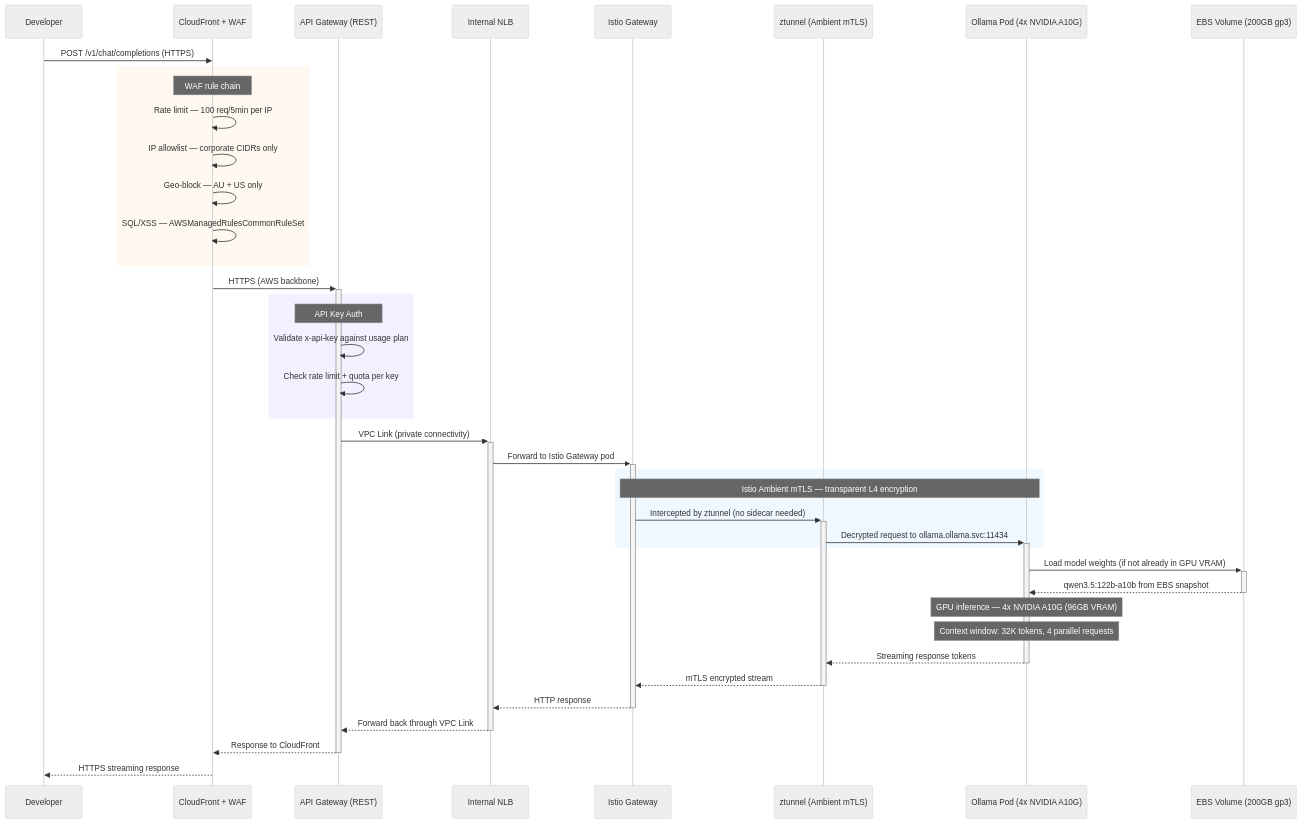
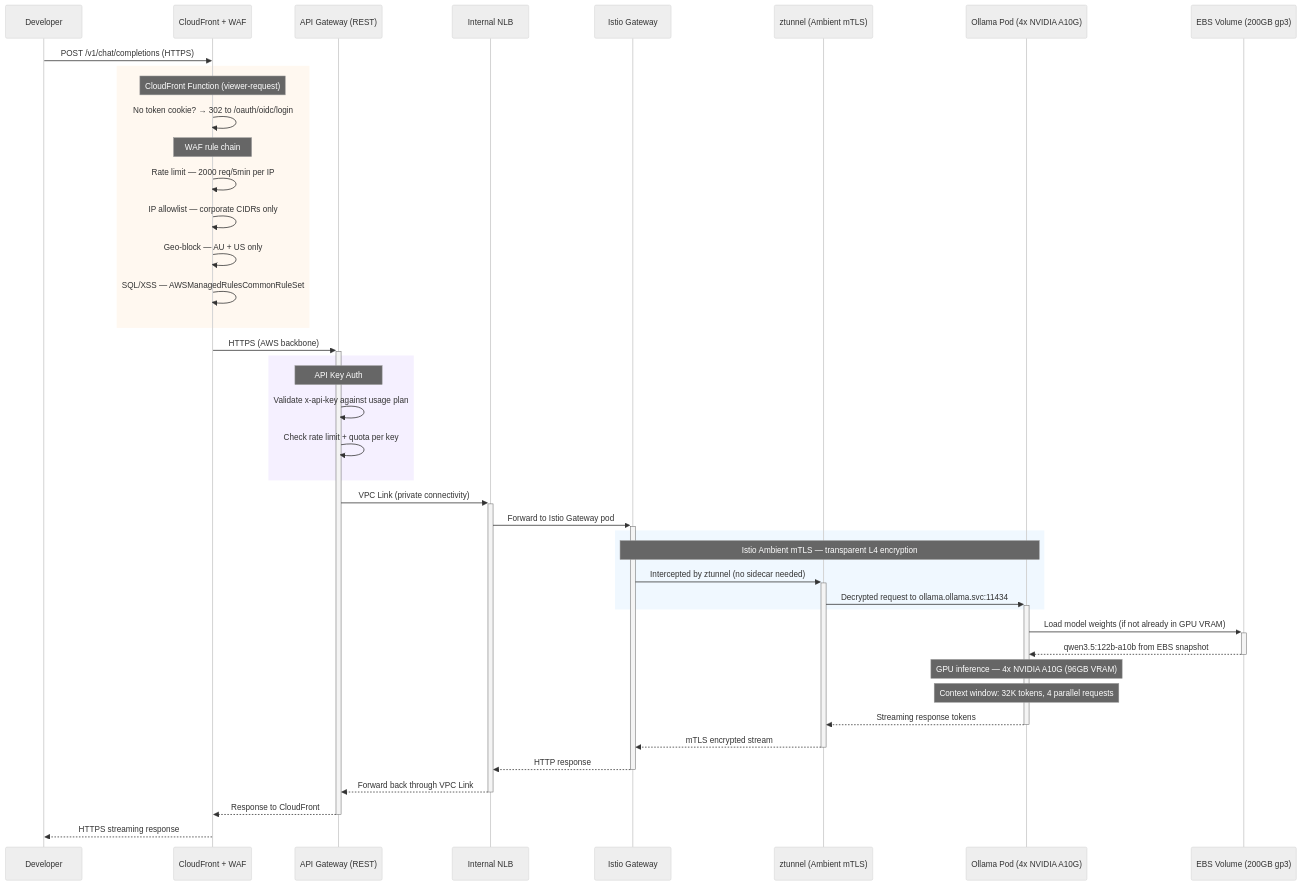
Before and after one commit to shanaka-versent/Ollama-on-EKS: the third of 4 diagrams in README.md, drawn with Mermaid (neutral theme). The commit also changed other lines of this file and 3 other files, not shown here.

First line of the commit message:
feat: add CloudFront Function auth redirect and static asset caching

````diff
--- a/README.md
+++ b/README.md
@@ -207,51 +207,53 @@
 ```mermaid
 sequenceDiagram
     participant Dev as Developer
     participant CF as CloudFront + WAF
     participant APIGW as API Gateway (REST)
     participant NLB as Internal NLB
     participant IGW as Istio Gateway
     participant ZT as ztunnel (Ambient mTLS)
     participant OLM as Ollama Pod (4x NVIDIA A10G)
     participant EBS as EBS Volume (200GB gp3)
 
     Dev->>CF: POST /v1/chat/completions (HTTPS)
 
     rect rgb(255, 248, 240)
+        Note over CF: CloudFront Function (viewer-request)
+        CF->>CF: No token cookie? → 302 to /oauth/oidc/login
         Note over CF: WAF rule chain
-        CF->>CF: Rate limit — 100 req/5min per IP
+        CF->>CF: Rate limit — 2000 req/5min per IP
         CF->>CF: IP allowlist — corporate CIDRs only
         CF->>CF: Geo-block — AU + US only
         CF->>CF: SQL/XSS — AWSManagedRulesCommonRuleSet
     end
 
     CF->>+APIGW: HTTPS (AWS backbone)
 
     rect rgb(245, 240, 255)
         Note over APIGW: API Key Auth
         APIGW->>APIGW: Validate x-api-key against usage plan
         APIGW->>APIGW: Check rate limit + quota per key
     end
 
     APIGW->>+NLB: VPC Link (private connectivity)
     NLB->>+IGW: Forward to Istio Gateway pod
 
     rect rgb(240, 248, 255)
         Note over IGW,OLM: Istio Ambient mTLS — transparent L4 encryption
         IGW->>+ZT: Intercepted by ztunnel (no sidecar needed)
         ZT->>+OLM: Decrypted request to ollama.ollama.svc:11434
     end
 
     OLM->>+EBS: Load model weights (if not already in GPU VRAM)
     EBS-->>-OLM: qwen3.5:122b-a10b from EBS snapshot
 
     Note over OLM: GPU inference — 4x NVIDIA A10G (96GB VRAM)
     Note over OLM: Context window: 32K tokens, 4 parallel requests
 
     OLM-->>-ZT: Streaming response tokens
     ZT-->>-IGW: mTLS encrypted stream
     IGW-->>-NLB: HTTP response
     NLB-->>-APIGW: Forward back through VPC Link
     APIGW-->>-CF: Response to CloudFront
     CF-->>Dev: HTTPS streaming response
 ```
````
